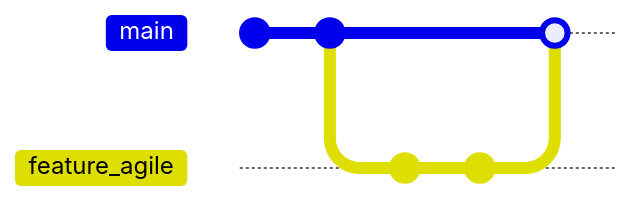
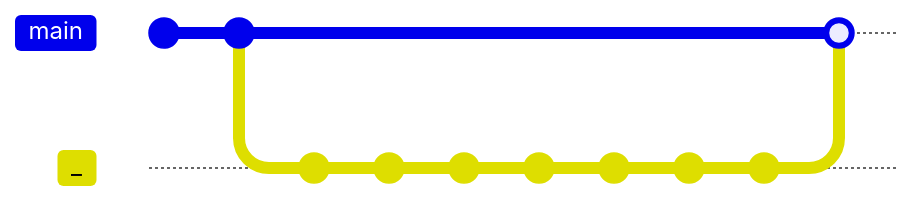
The ninth of 9 diagrams in README.md (quattervals/ebc_instructions), drawn with Mermaid before and after one commit. The commit also changed other lines of this file and 2 other files, not shown here. Commit ids are hidden.

````diff
--- a/README.md
+++ b/README.md
@@ -412,10 +432,15 @@
 ```mermaid
 gitGraph
-  commit id: "tbd"
-  commit id: "Agile Principles 1...5"
-  branch feature_agile
-  commit id: "HA-Agile Values 1,2"
-  commit id: "Agile Values 1,2"
+  commit
+  commit id: "Principles: Privileged"
+  branch _
+  commit id: "Principles: Title"
+  commit id: "Principles: Principle 1"
+  commit id: "Values: Add file with title"
+  commit id: "Principles: Principle 2"
+  commit id: "Principles: Principle 3...5"
+  commit id: "Values: Half-Arsed 1..2"
+  commit id: "Values: Values 1..2"
   checkout main
-  merge feature_agile
+  merge _
 ```
````
